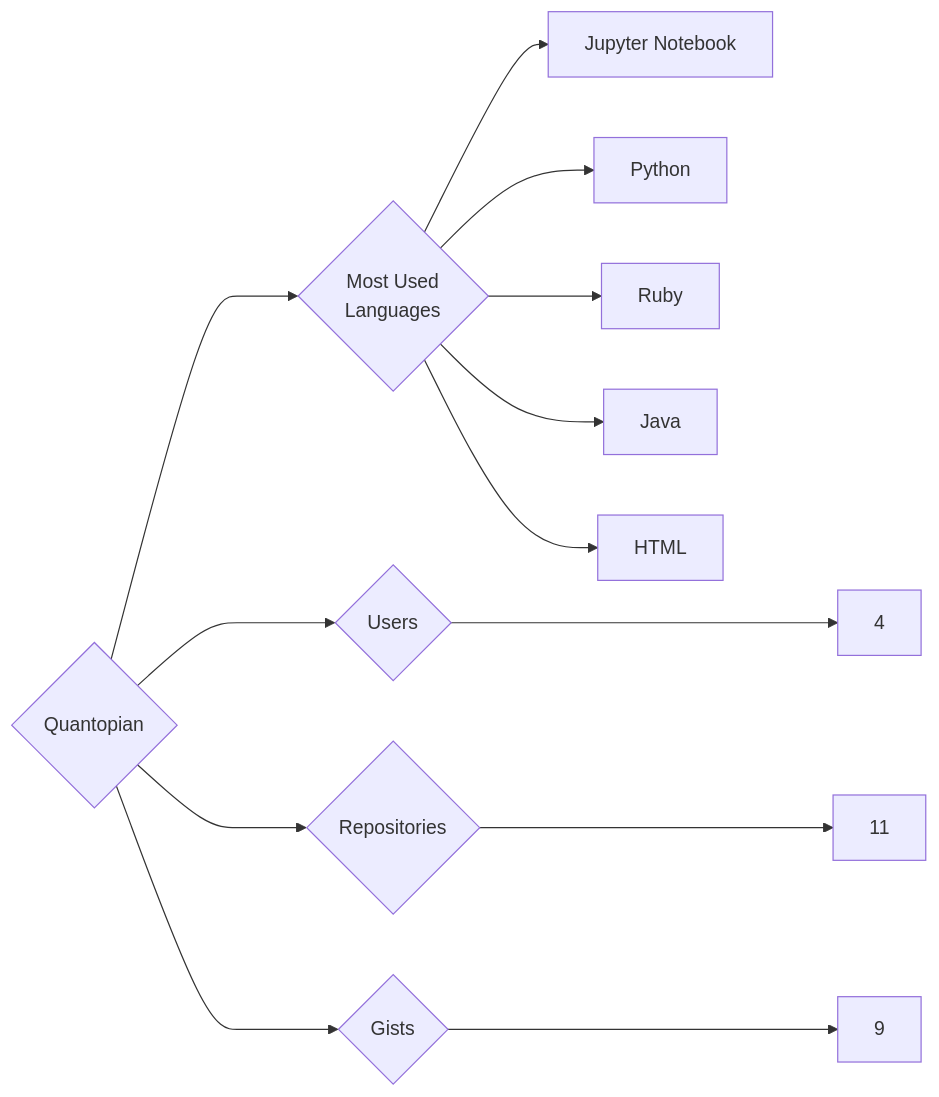
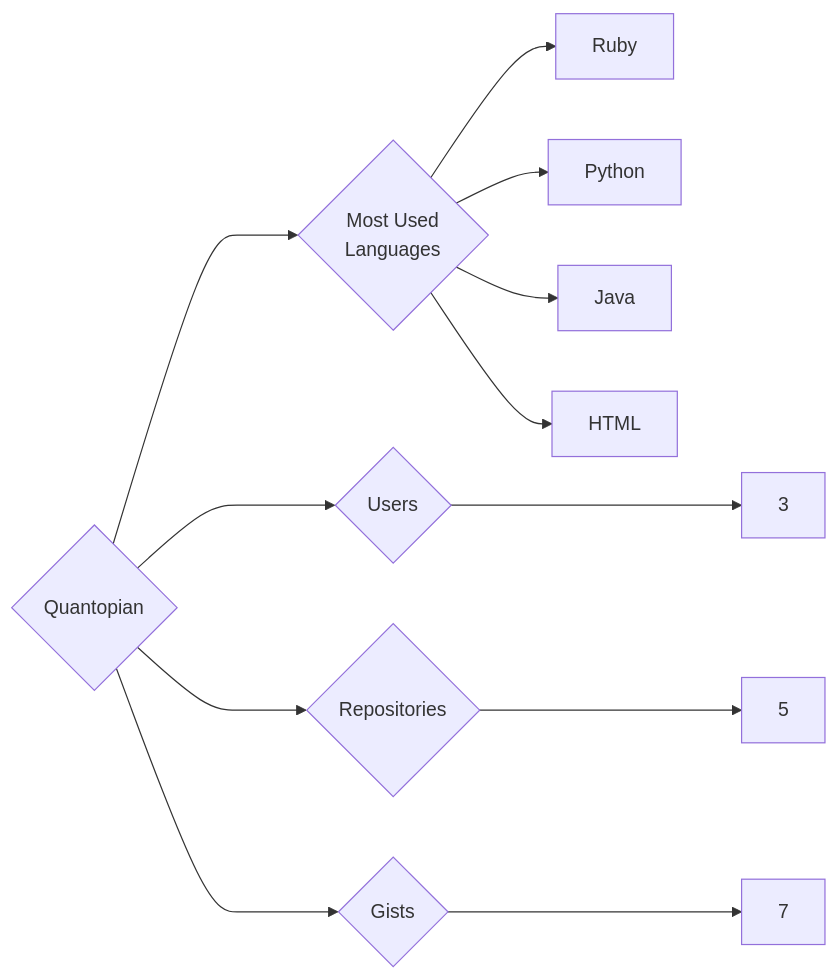
The diagram in targets/Quantopian/README.md (trickest/insiders), drawn with Mermaid before and after one commit. The commit also changed 886 other files, not shown here.

````diff
--- a/targets/Quantopian/README.md
+++ b/targets/Quantopian/README.md
@@ -3,13 +3,12 @@
 ```mermaid
 graph LR
 COMPANY_NAME{Quantopian}
-COMPANY_NAME ---> U{Users} ---> UN[4]
-COMPANY_NAME ---> R{Repositories} ---> RN[11]
-COMPANY_NAME ---> G{Gists} ---> GN[9]
+COMPANY_NAME ---> U{Users} ---> UN[3]
+COMPANY_NAME ---> R{Repositories} ---> RN[5]
+COMPANY_NAME ---> G{Gists} ---> GN[7]
 COMPANY_NAME ---> ML{Most Used<br>Languages}
-ML --> Jupyter_Notebook[Jupyter Notebook]
+ML --> Ruby[Ruby]
 ML --> Python[Python]
-ML --> Ruby[Ruby]
 ML --> Java[Java]
 ML --> HTML[HTML]
 ```
````
